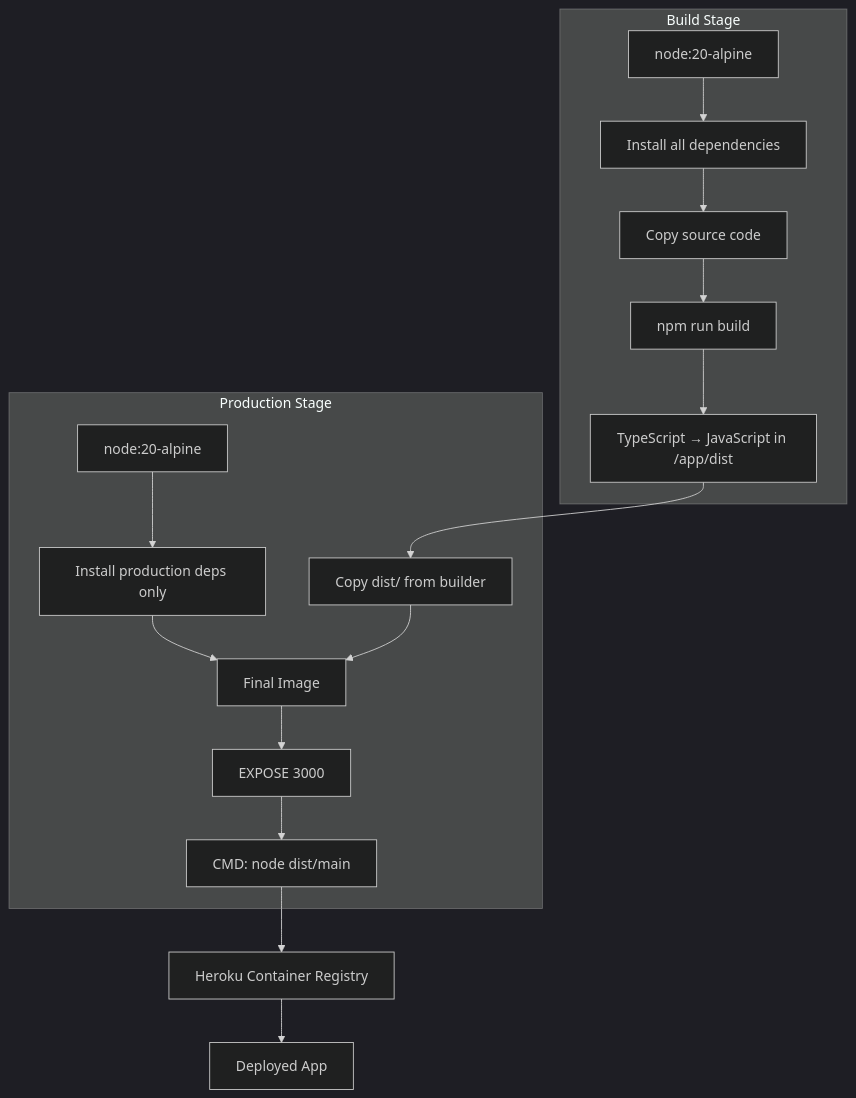
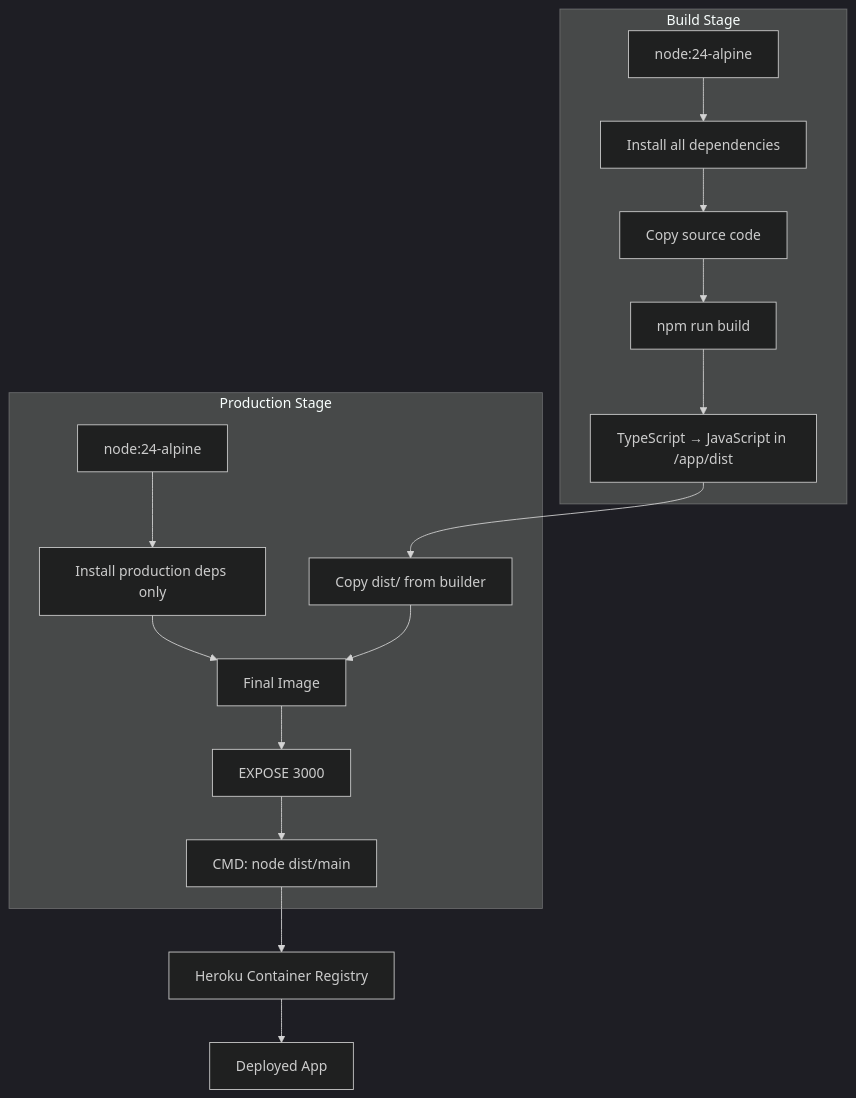
The diagram in docs/memory-bank/DEPLOYMENT.md (cegerard/card-game), drawn with Mermaid (dark theme) before and after one commit. The commit also changed 4 other files, not shown here.

Commit message:
docs: update documentation for Node.js and NestJS versions, enhance testing guidelines, and improve architecture clarity

````diff
--- a/docs/memory-bank/DEPLOYMENT.md
+++ b/docs/memory-bank/DEPLOYMENT.md
@@ -88,21 +88,21 @@
 ```mermaid
 graph TB
     subgraph "Build Stage"
-        A[node:20-alpine] --> B[Install all dependencies]
+        A[node:24-alpine] --> B[Install all dependencies]
         B --> C[Copy source code]
         C --> D[npm run build]
         D --> E[TypeScript → JavaScript in /app/dist]
     end
 
     subgraph "Production Stage"
-        F[node:20-alpine] --> G[Install production deps only]
+        F[node:24-alpine] --> G[Install production deps only]
         E --> H[Copy dist/ from builder]
         G --> I[Final Image]
         H --> I
         I --> J[EXPOSE 3000]
         J --> K[CMD: node dist/main]
     end
 
     K --> L[Heroku Container Registry]
     L --> M[Deployed App]
 ```
````
